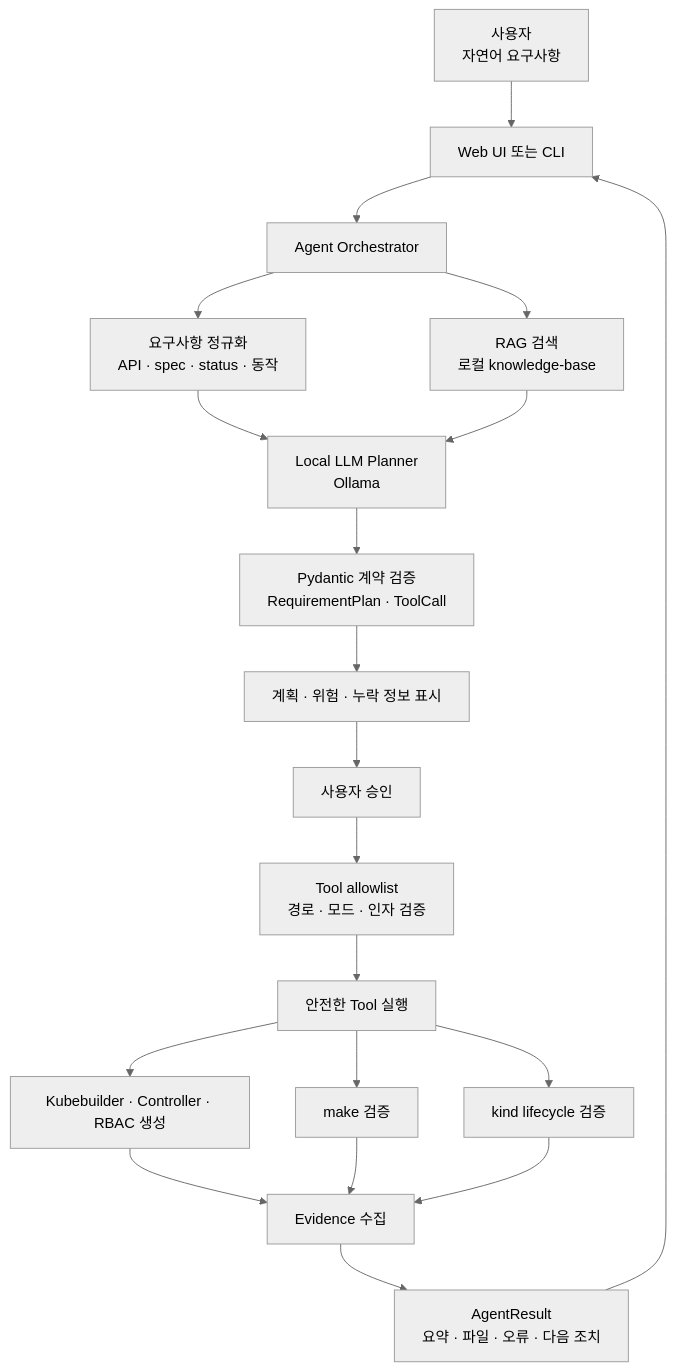
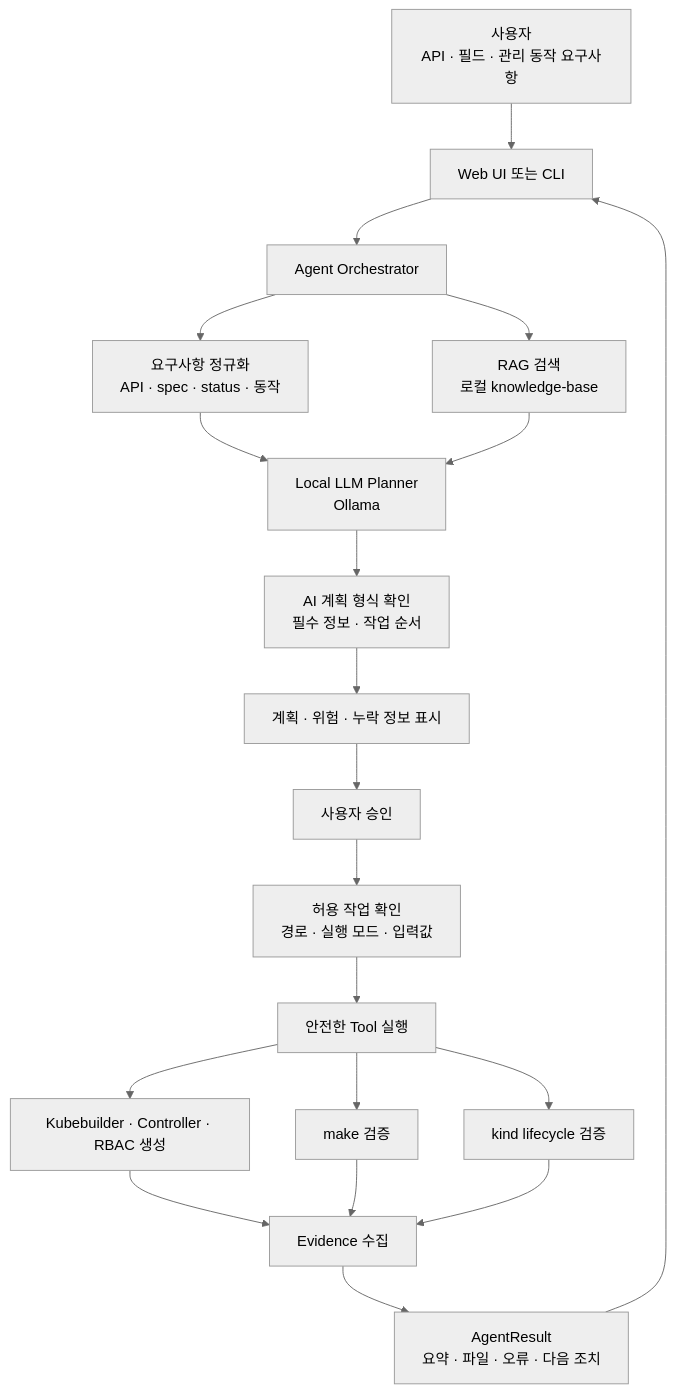
The diagram in README.md (kuashi17/k8sagent), drawn with Mermaid (neutral theme) before and after one commit. The commit also changed other lines of this file, not shown here.

````diff
--- a/README.md
+++ b/README.md
@@ -28,22 +28,22 @@
 ```mermaid
 flowchart TD
-    U["사용자<br/>자연어 요구사항"] --> W["Web UI 또는 CLI"]
+    U["사용자<br/>API · 필드 · 관리 동작 요구사항"] --> W["Web UI 또는 CLI"]
     W --> O["Agent Orchestrator"]
     O --> N["요구사항 정규화<br/>API · spec · status · 동작"]
     O --> R["RAG 검색<br/>로컬 knowledge-base"]
     N --> L["Local LLM Planner<br/>Ollama"]
     R --> L
-    L --> C["Pydantic 계약 검증<br/>RequirementPlan · ToolCall"]
+    L --> C["AI 계획 형식 확인<br/>필수 정보 · 작업 순서"]
     C --> P["계획 · 위험 · 누락 정보 표시"]
     P --> A["사용자 승인"]
-    A --> V["Tool allowlist<br/>경로 · 모드 · 인자 검증"]
+    A --> V["허용 작업 확인<br/>경로 · 실행 모드 · 입력값"]
     V --> T["안전한 Tool 실행"]
     T --> G["Kubebuilder · Controller · RBAC 생성"]
     T --> M["make 검증"]
     T --> K["kind lifecycle 검증"]
     G --> E["Evidence 수집"]
     M --> E
     K --> E
     E --> X["AgentResult<br/>요약 · 파일 · 오류 · 다음 조치"]
     X --> W
 ```
````
